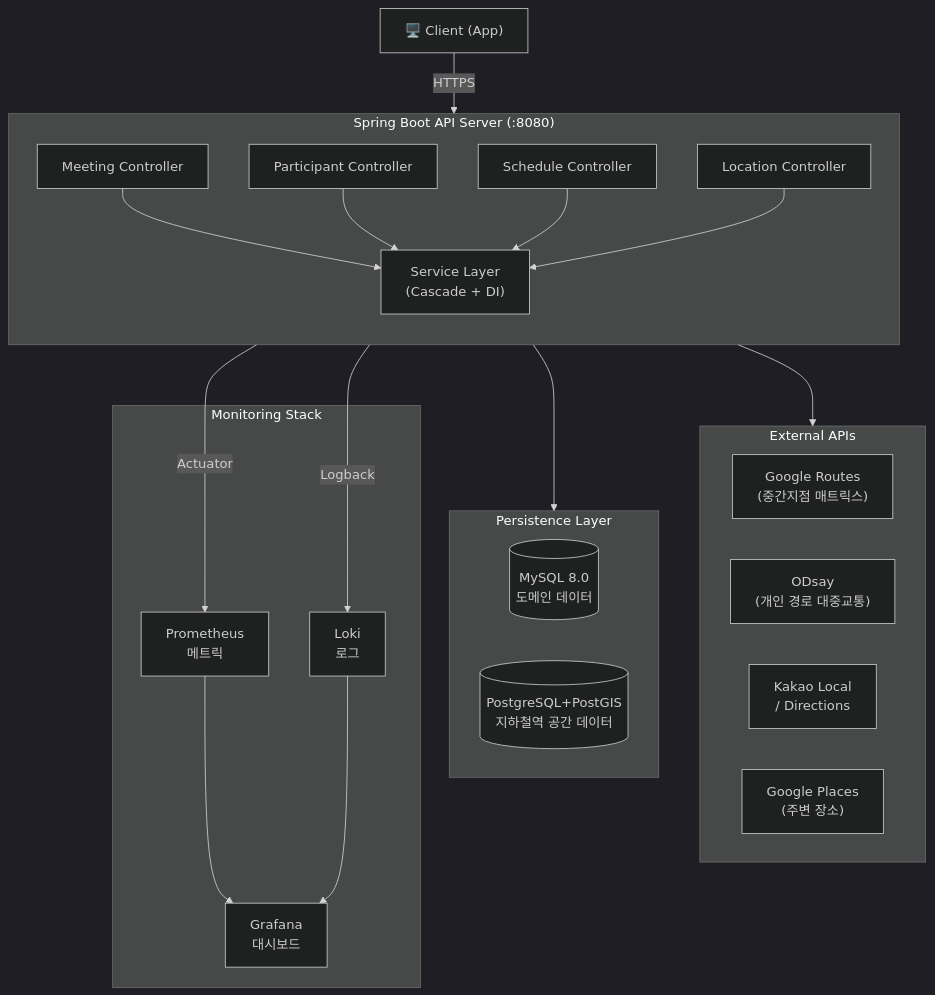
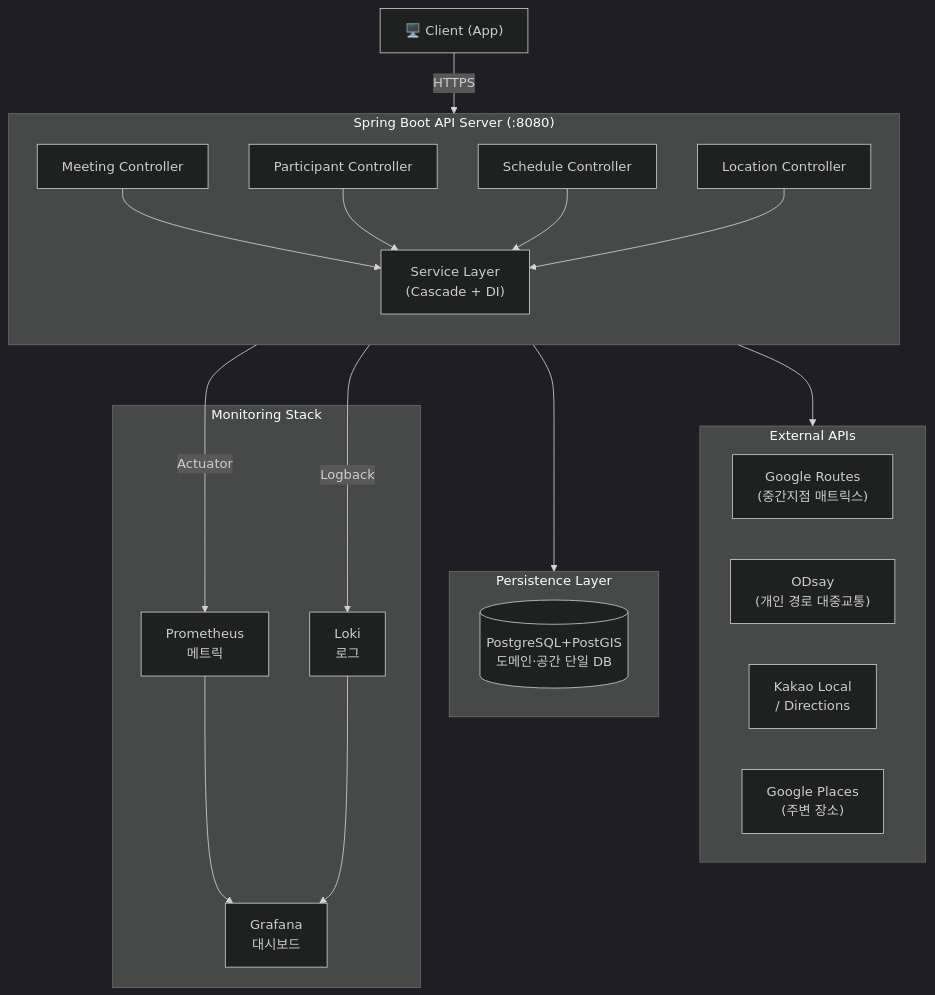
Before and after one commit to BaekDoHyeon/dnd-14th-8-backend: the second of 5 diagrams in README.md, drawn with Mermaid (dark theme). The commit also changed other lines of this file and 21 other files, not shown here.

Commit message:
refactor(config): PostgreSQL 단일 DB 전환 (#138)

````diff
--- a/README.md
+++ b/README.md
@@ -82,39 +81,38 @@
 ```mermaid
 flowchart TB
     Client["🖥️ Client (App)"]
 
     subgraph API["Spring Boot API Server (:8080)"]
         direction TB
         C1["Meeting Controller"]
         C2["Participant Controller"]
         C3["Schedule Controller"]
         C4["Location Controller"]
         SVC["Service Layer\n(Cascade + DI)"]
         C1 & C2 & C3 & C4 --> SVC
     end
 
     subgraph EXT["External APIs"]
         Google["Google Routes\n(중간지점 매트릭스)"]
         Odsay["ODsay\n(개인 경로 대중교통)"]
         Kakao["Kakao Local\n/ Directions"]
         GooglePlaces["Google Places\n(주변 장소)"]
     end
 
     subgraph DB["Persistence Layer"]
-        MySQL[("MySQL 8.0\n도메인 데이터")]
-        PostGIS[("PostgreSQL+PostGIS\n지하철역 공간 데이터")]
+        PostGIS[("PostgreSQL+PostGIS\n도메인·공간 단일 DB")]
     end
 
     subgraph MON["Monitoring Stack"]
         Prometheus["Prometheus\n메트릭"]
         Loki["Loki\n로그"]
         Grafana["Grafana\n대시보드"]
     end
 
     Client -->|HTTPS| API
     SVC --> EXT
     SVC --> DB
     API -->|Actuator| Prometheus
     API -->|Logback| Loki
     Prometheus & Loki --> Grafana
 ```
````
